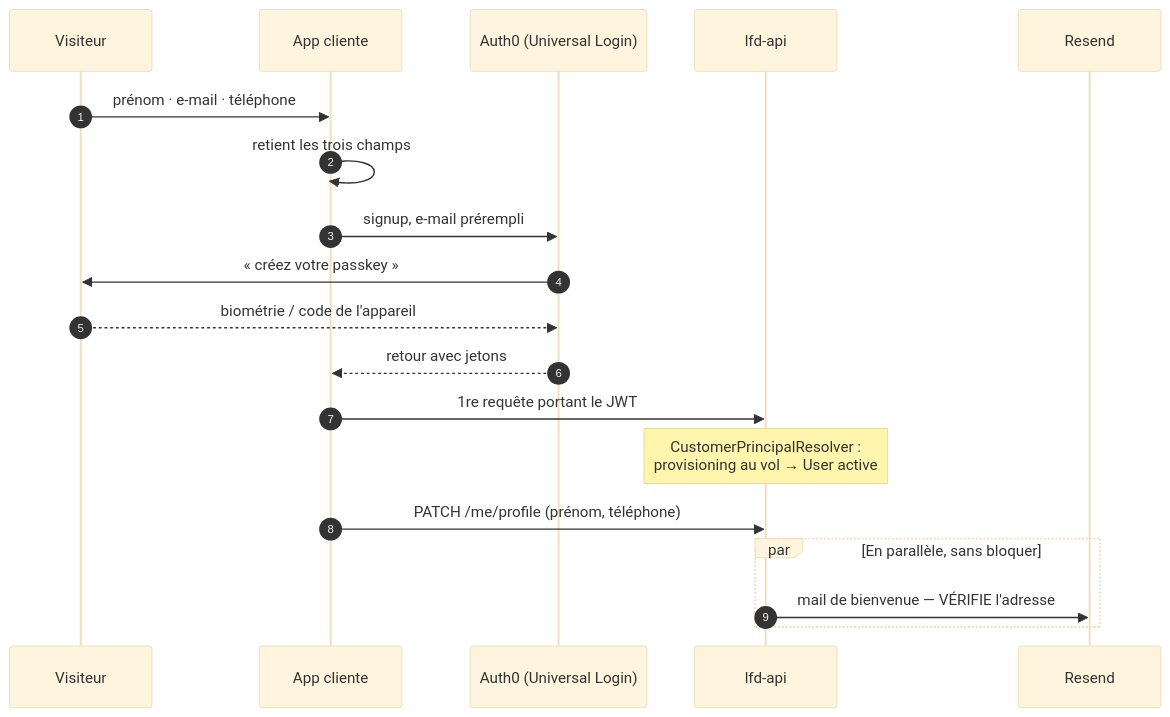
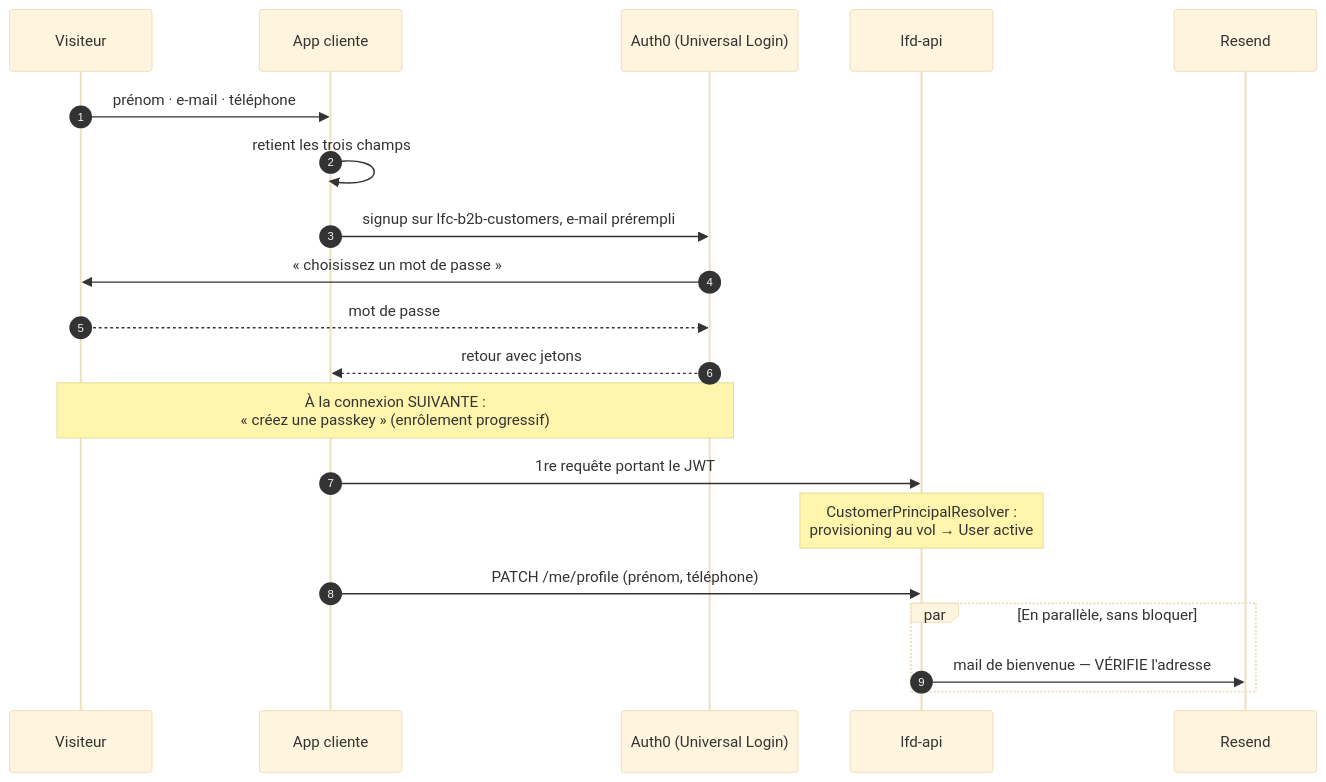
The diagram in documentation/b2b/architecture-inscription-zero-friction.md (hugoheynard/lfd), drawn with Mermaid (base theme) before and after one commit. The commit also changed other lines of this file and 3 other files, not shown here.

First line of the commit message:
fix(client): la page d'entrée dit la vérité sur le mot de passe

````diff
--- a/documentation/b2b/architecture-inscription-zero-friction.md
+++ b/documentation/b2b/architecture-inscription-zero-friction.md
@@ -74,22 +77,23 @@
 ```mermaid
 sequenceDiagram
     autonumber
     participant V as Visiteur
     participant F as App cliente
     participant U as Auth0 (Universal Login)
     participant A as lfd-api
     participant R as Resend
 
     V->>F: prénom · e-mail · téléphone
     F->>F: retient les trois champs
-    F->>U: signup, e-mail prérempli
-    U->>V: « créez votre passkey »
-    V-->>U: biométrie / code de l'appareil
+    F->>U: signup sur lfc-b2b-customers, e-mail prérempli
+    U->>V: « choisissez un mot de passe »
+    V-->>U: mot de passe
     U-->>F: retour avec jetons
+    Note over U,V: À la connexion SUIVANTE :<br/>« créez une passkey » (enrôlement progressif)
     F->>A: 1re requête portant le JWT
     Note over A: CustomerPrincipalResolver :<br/>provisioning au vol → User active
     F->>A: PATCH /me/profile (prénom, téléphone)
     par En parallèle, sans bloquer
         A->>R: mail de bienvenue — VÉRIFIE l'adresse
     end
 ```
````
